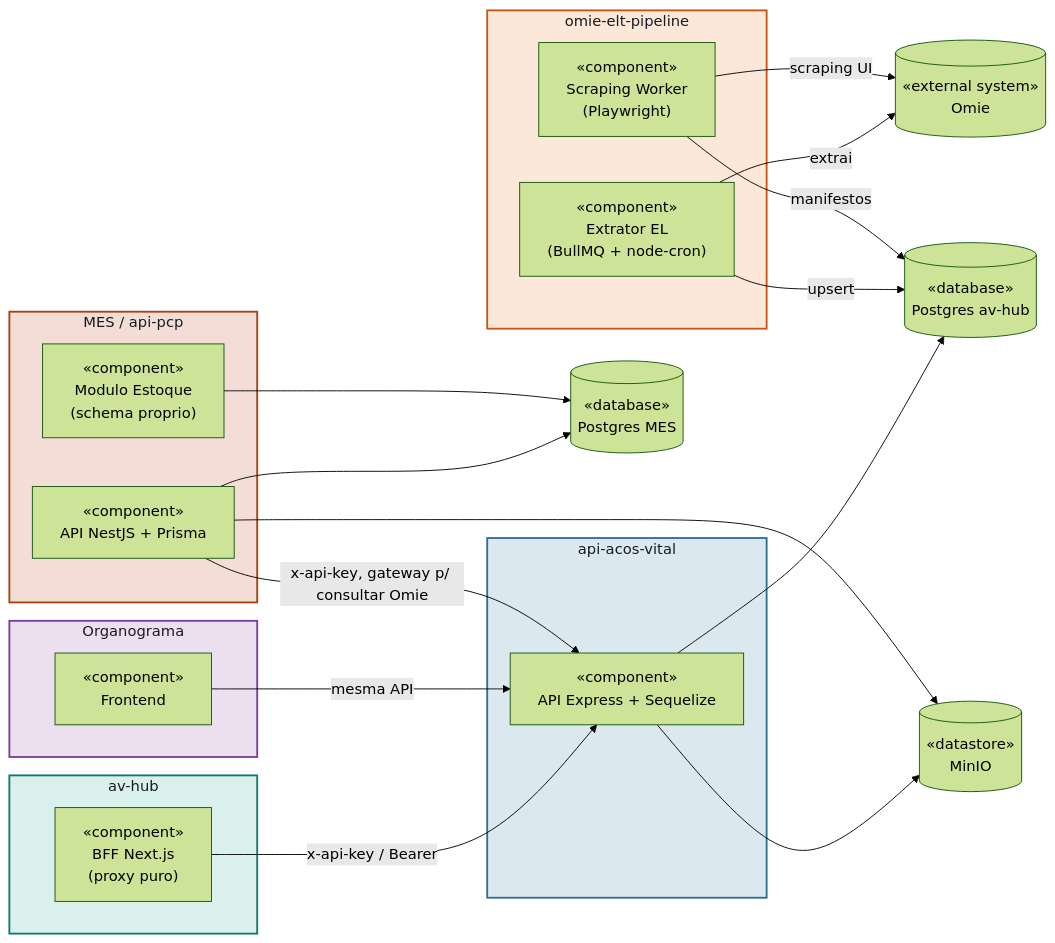
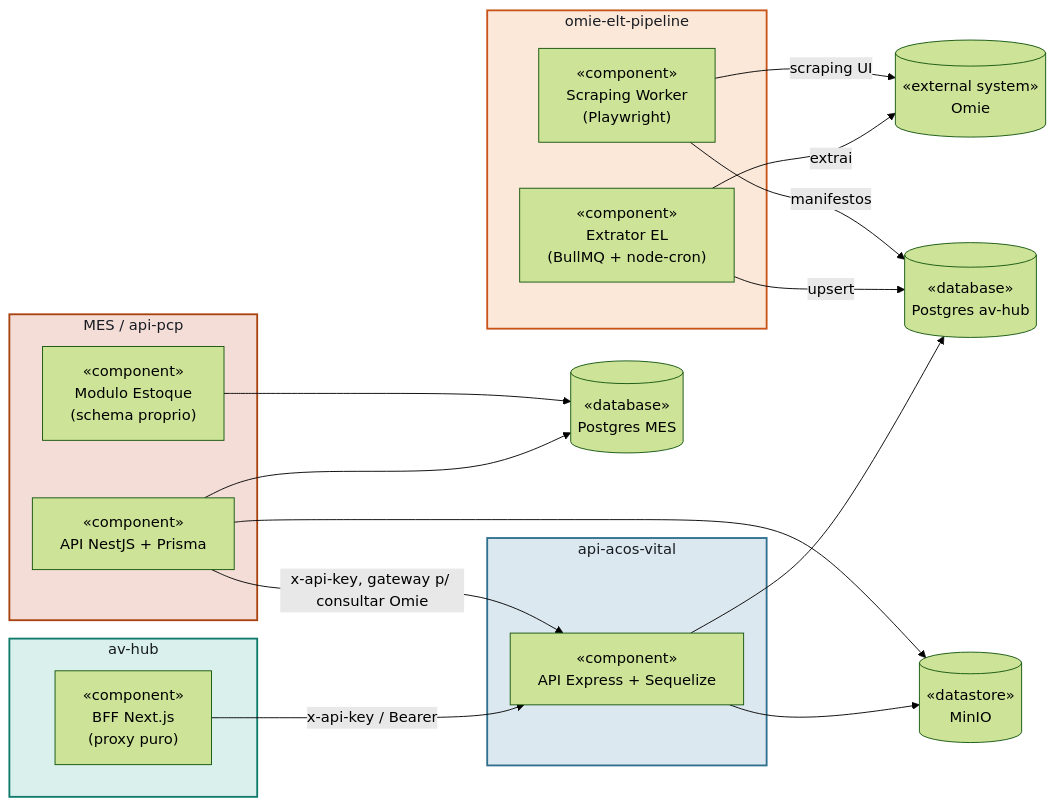
Before and after one commit to Acosvital/vault-avhub-mer: diagram 15 of 28 in 04-Arquitetura-Transversal/Diagramas-UML.md, drawn with Mermaid (forest theme). The commit also changed other lines of this file and 23 other files, not shown here.

````diff
--- a/04-Arquitetura-Transversal/Diagramas-UML.md
+++ b/04-Arquitetura-Transversal/Diagramas-UML.md
@@ -659,43 +892,38 @@
 ```mermaid
 flowchart LR
     subgraph SYS_AVHUB[av-hub]
         BFF["«component»<br/>BFF Next.js<br/>(proxy puro)"]
     end
     subgraph SYS_API[api-acos-vital]
         API["«component»<br/>API Express + Sequelize"]
     end
     subgraph SYS_MES[MES / api-pcp]
         MESAPI["«component»<br/>API NestJS + Prisma"]
         ESTOQUEMOD["«component»<br/>Modulo Estoque<br/>(schema proprio)"]
     end
-    subgraph SYS_ORG[Organograma]
-        ORGFE["«component»<br/>Frontend"]
-    end
     subgraph SYS_ELT[omie-elt-pipeline]
         ELT["«component»<br/>Extrator EL<br/>(BullMQ + node-cron)"]
         SCRAPER["«component»<br/>Scraping Worker<br/>(Playwright)"]
     end
     OMIE[("«external system»<br/>Omie")]
     PGAVHUB[("«database»<br/>Postgres av-hub")]
     PGMES[("«database»<br/>Postgres MES")]
     MINIO[("«datastore»<br/>MinIO")]
 
     BFF -->|x-api-key / Bearer| API
-    ORGFE -->|mesma API| API
     MESAPI -->|x-api-key, gateway p/ consultar Omie| API
     API --> PGAVHUB
     MESAPI --> PGMES
     ESTOQUEMOD --> PGMES
     ELT -->|upsert| PGAVHUB
     SCRAPER -->|manifestos| PGAVHUB
     ELT -->|extrai| OMIE
     SCRAPER -->|scraping UI| OMIE
     API --> MINIO
     MESAPI --> MINIO
 
     style SYS_AVHUB fill:#d9f0ec,stroke:#0f7a6b,stroke-width:2px,color:#181c22
     style SYS_API fill:#dce8ef,stroke:#2f6f8f,stroke-width:2px,color:#181c22
     style SYS_MES fill:#f3ddd6,stroke:#a8420f,stroke-width:2px,color:#181c22
-    style SYS_ORG fill:#ece0f0,stroke:#7a3f9e,stroke-width:2px,color:#181c22
     style SYS_ELT fill:#fbe8d9,stroke:#c9541a,stroke-width:2px,color:#181c22
 ```
````
